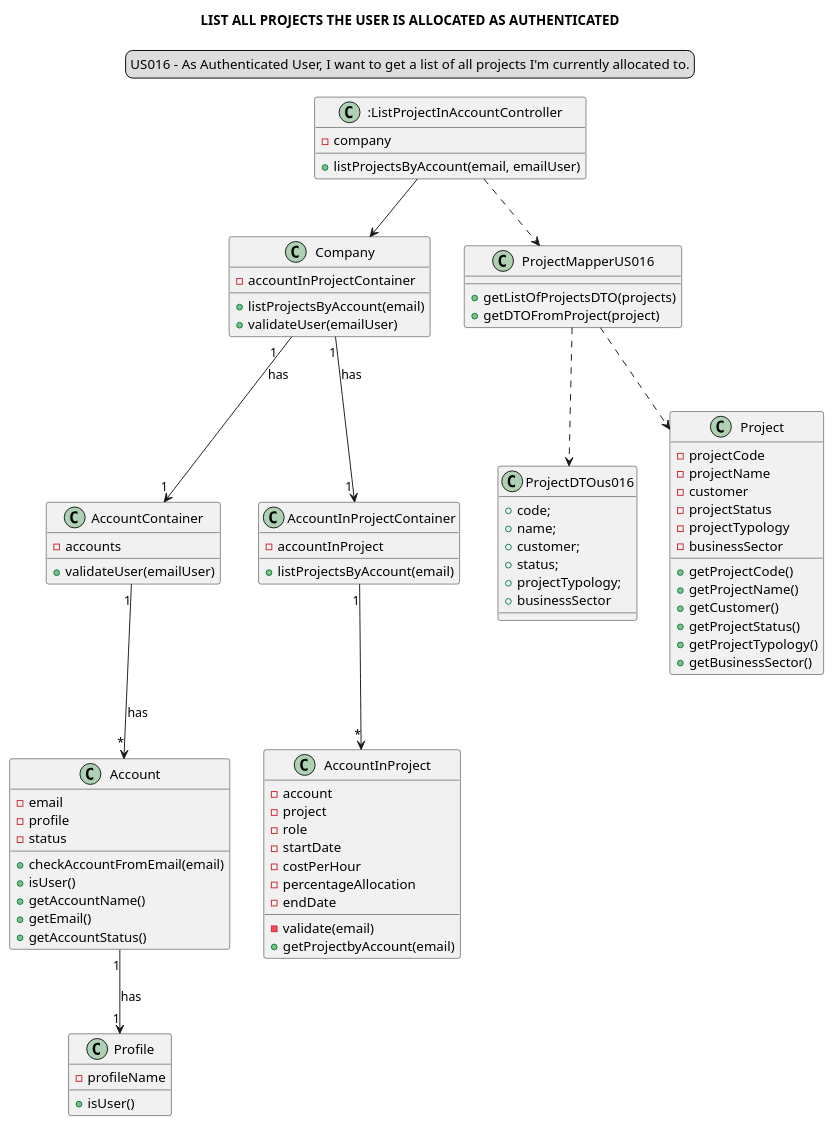
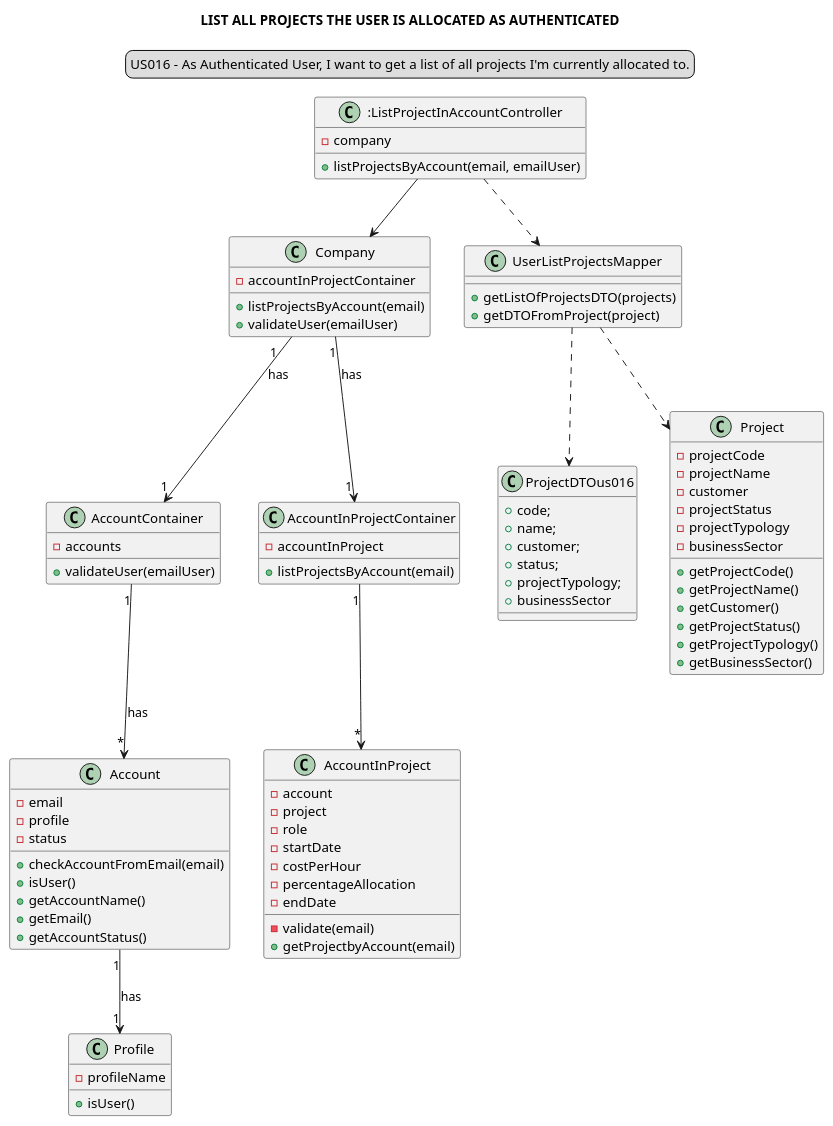
Before and after one commit to Loracline/project_switch_22-23: the diagram in docs/modelling_design/user_stories/sprint02/us016/US016_classDiagram.puml, drawn with PlantUML. The commit also changed 7 other files, not shown here.

Commit message:
US016:Design: Class Diagram and Sequence Diagram Refinement;Change DTO and Mapper class names

```diff
--- a/docs/modelling_design/user_stories/sprint02/us016/US016_classDiagram.puml
+++ b/docs/modelling_design/user_stories/sprint02/us016/US016_classDiagram.puml
@@ -1,99 +1,99 @@
 @startuml
 'https://plantuml.com/sequence-diagram
 
 legend top
 US016 - As Authenticated User, I want to get a list of all projects I'm currently allocated to.
 end legend
 skinparam sequenceMessageAlign center
 title LIST ALL PROJECTS THE USER IS ALLOCATED AS AUTHENTICATED
 
 class ":ListProjectInAccountController" {
 - company
 + listProjectsByAccount(email, emailUser)
 }
 class "Company" {
 - accountInProjectContainer
 + listProjectsByAccount(email)
 +validateUser(emailUser)
 }
 
 class "AccountContainer" {
 -accounts
 +validateUser(emailUser)
 }
 
 class "Account" {
 -email
 -profile
 -status
 +checkAccountFromEmail(email)
 +isUser()
 +getAccountName()
 +getEmail()
 +getAccountStatus()
 }
 
 class "Profile"{
 -profileName
 +isUser()
 }
 
 
 class "AccountInProjectContainer"{
 - accountInProject
 + listProjectsByAccount(email)
 }
 
 class "AccountInProject"{
 -account
 -project
 -role
 -startDate
 -costPerHour
 -percentageAllocation
 -endDate
 -validate(email)
 + getProjectbyAccount(email)
 }
 
-class "ProjectMapperUS016"{
+class "UserListProjectsMapper"{
 +getListOfProjectsDTO(projects)
 +getDTOFromProject(project)
 }
 
 class "ProjectDTOus016"{
 +code;
 +name;
 +customer;
 +status;
 +projectTypology;
 +businessSector
 }
 
 class "Project"{
 -projectCode
 -projectName
 -customer
 -projectStatus
 -projectTypology
 -businessSector
 +getProjectCode()
 +getProjectName()
 +getCustomer()
 +getProjectStatus()
 +getProjectTypology()
 +getBusinessSector()
 }
-"ProjectMapperUS016" ..> "Project"
+"UserListProjectsMapper" ..> "Project"
 ":ListProjectInAccountController"-->"Company"
 "Company" "1"--> "     1""AccountInProjectContainer": has
 "Company" "1   " --> "     1" "AccountContainer": has
 "AccountInProjectContainer" "1"--> "*" "AccountInProject"
 "AccountContainer" "1" --> "*" "Account": has
 "Account" "1" --> "1""Profile": has
-":ListProjectInAccountController"..> "ProjectMapperUS016"
-"ProjectMapperUS016"..> "ProjectDTOus016"
+":ListProjectInAccountController"..> "UserListProjectsMapper"
+"UserListProjectsMapper"..> "ProjectDTOus016"
 
 
 
 @enduml
```
